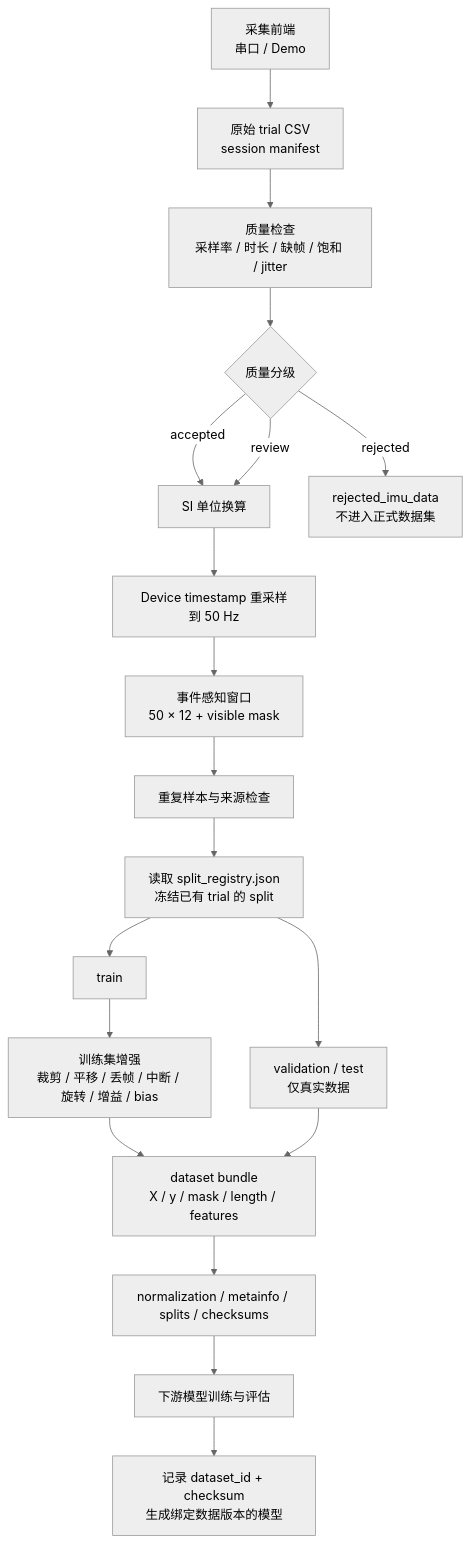
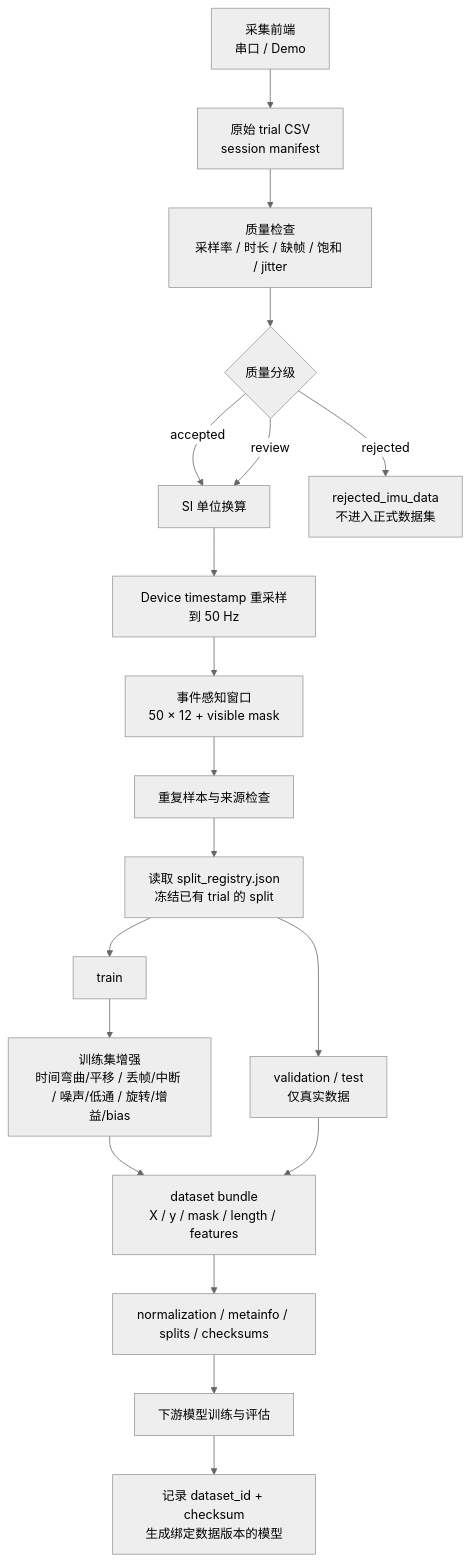
One commit to 0731KeyL/CEG5205_FP_data-collection changed the diagram in Python/PIPELINE_ARCHIVE.md. Above: the diagram before and after it, drawn with Mermaid (neutral theme). The commit also changed other lines of this file and 13 other files, not shown here.

````diff
--- a/Python/PIPELINE_ARCHIVE.md
+++ b/Python/PIPELINE_ARCHIVE.md
@@ -7,21 +7,21 @@
 ```mermaid
 flowchart TD
     A["采集前端<br/>串口 / Demo"] --> B["原始 trial CSV<br/>session manifest"]
     B --> C["质量检查<br/>采样率 / 时长 / 缺帧 / 饱和 / jitter"]
     C --> D{"质量分级"}
     D -->|accepted| E["SI 单位换算"]
     D -->|review| E
     D -->|rejected| R["rejected_imu_data<br/>不进入正式数据集"]
     E --> F["Device timestamp 重采样到 50 Hz"]
     F --> G["事件感知窗口<br/>50 × 12 + visible mask"]
     G --> H["重复样本与来源检查"]
     H --> I["读取 split_registry.json<br/>冻结已有 trial 的 split"]
     I --> J["train"]
     I --> K["validation / test<br/>仅真实数据"]
-    J --> L["训练集增强<br/>裁剪 / 平移 / 丢帧 / 中断 / 旋转 / 增益 / bias"]
+    J --> L["训练集增强<br/>时间弯曲/平移 / 丢帧/中断 / 噪声/低通 / 旋转/增益/bias"]
     L --> M["dataset bundle<br/>X / y / mask / length / features"]
     K --> M
     M --> N["normalization / metainfo / splits / checksums"]
     N --> O["下游模型训练与评估"]
     O --> P["记录 dataset_id + checksum<br/>生成绑定数据版本的模型"]
 ```
````
